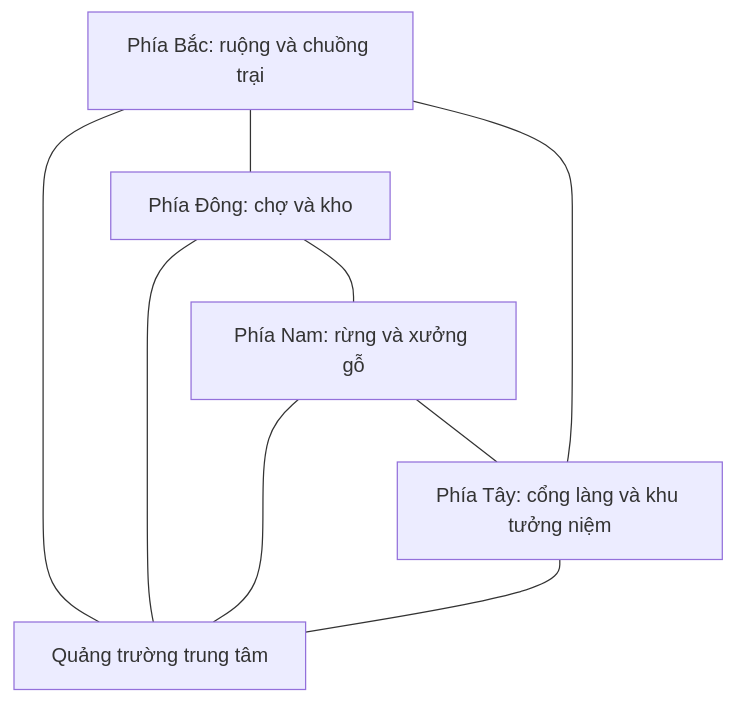
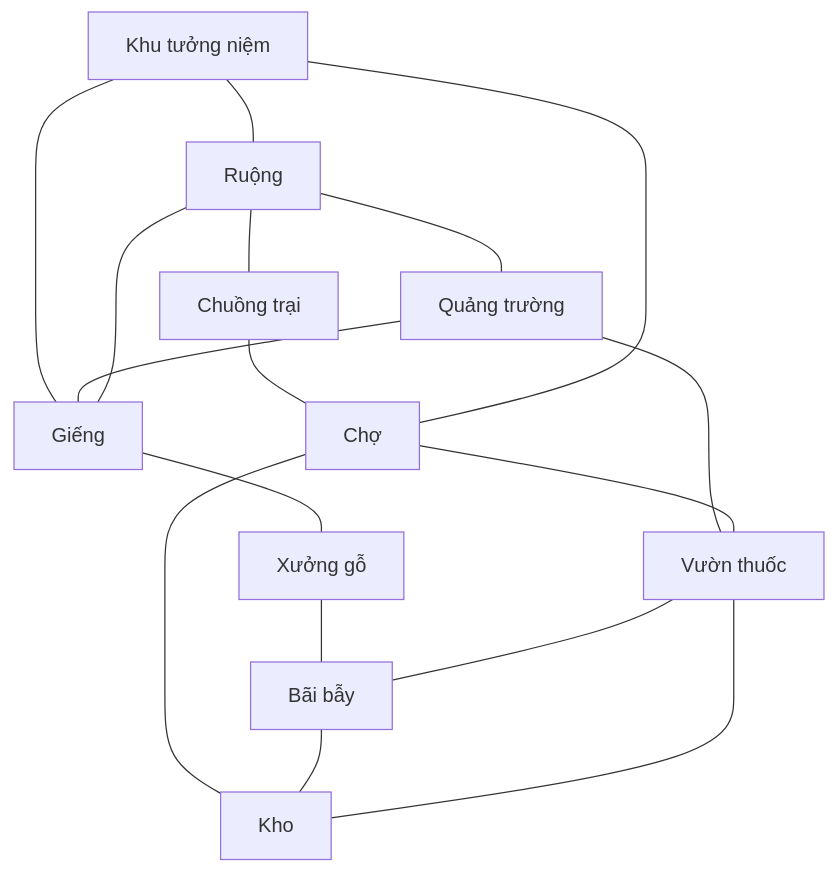
Before and after one commit to amazing-intern-fall-2026/WerewolfGame_Team4_Game: the diagram in Docs/ThuongLargeMapExpansionPlan.md, drawn with Mermaid. The commit also changed other lines of this file and 13 other files, not shown here.

````diff
--- a/Docs/ThuongLargeMapExpansionPlan.md
+++ b/Docs/ThuongLargeMapExpansionPlan.md
@@ -50,8 +52,12 @@
 ```mermaid
 graph TD
-    North[Phía Bắc: ruộng và chuồng trại] --- Hub[Quảng trường trung tâm]
-    East[Phía Đông: chợ và kho] --- Hub
-    South[Phía Nam: rừng và xưởng gỗ] --- Hub
-    West[Phía Tây: cổng làng và khu tưởng niệm] --- Hub
-    North --- East --- South --- West --- North
+    Memorial[Khu tưởng niệm] --- Farm[Ruộng]
+    Farm --- Pen[Chuồng trại] --- Market[Chợ] --- Storage[Kho]
+    Memorial --- Well[Giếng] --- Wood[Xưởng gỗ] --- Traps[Bãi bẫy] --- Storage
+    Farm --- Hub[Quảng trường] --- Well
+    Hub --- Potion[Vườn thuốc] --- Storage
+    Farm --- Well
+    Market --- Potion
+    Potion --- Traps
+    Memorial --- Market
 ```
````
